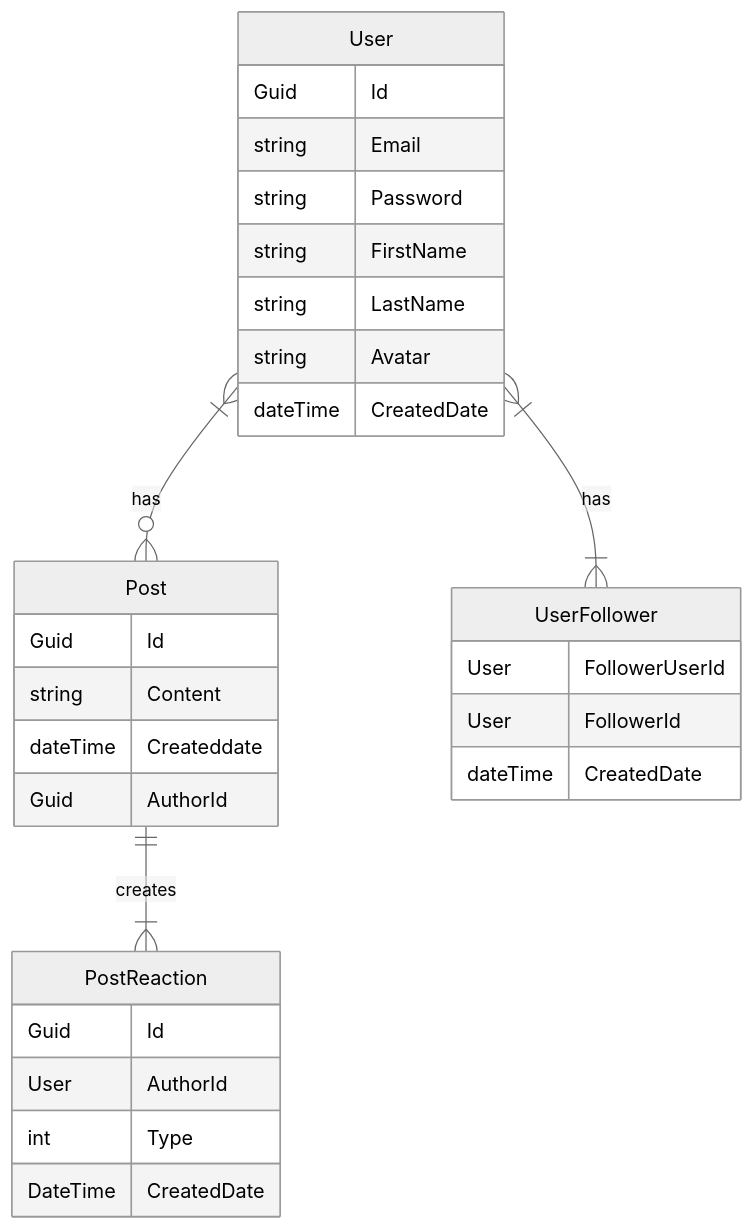
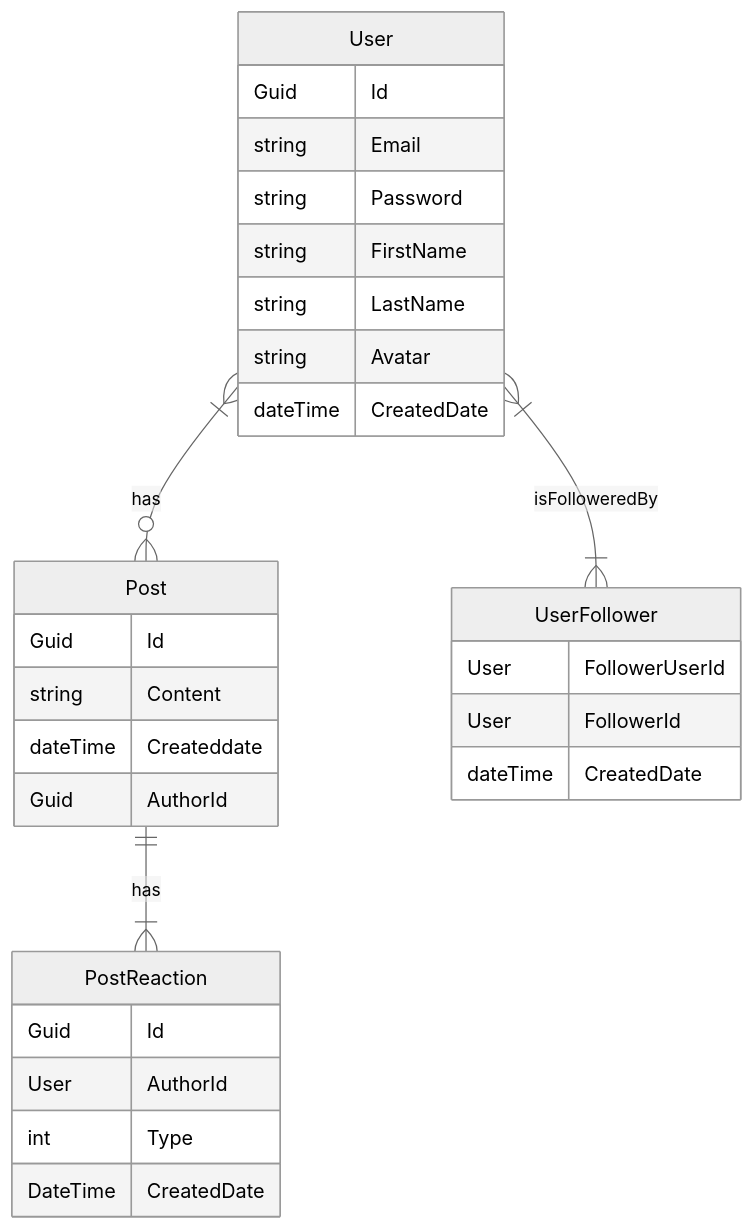
The diagram in src/InstagramClone.Api/Entities/InstagramClone.md (sobuse/InstagramClone), drawn with Mermaid (neutral theme) before and after one commit.

````diff
--- a/src/InstagramClone.Api/Entities/InstagramClone.md
+++ b/src/InstagramClone.Api/Entities/InstagramClone.md
@@ -3,37 +3,37 @@
 ```mermaid
 erDiagram
 
     User |{--o{Post:has
-    Post ||--|{PostReaction: creates 
-    User}|--|{UserFollower: has 
+    Post ||--|{PostReaction: has 
+    User}|--|{UserFollower: isFolloweredBy 
     User{
        Guid Id
        string Email
        string Password
        string FirstName
        string LastName
        string Avatar
        dateTime CreatedDate
     }
 
     UserFollower{
         User FollowerUserId
         User FollowerId
         dateTime CreatedDate
     }
 
     Post{
         Guid Id
         string Content
         dateTime Createddate
         Guid AuthorId
     }
 
     PostReaction{
         Guid Id
         User AuthorId
         int Type
         DateTime CreatedDate
     }
 
 ```
````
